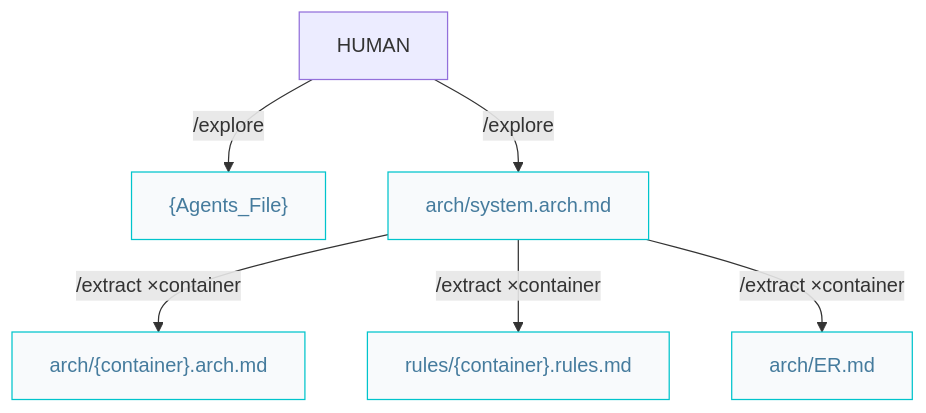
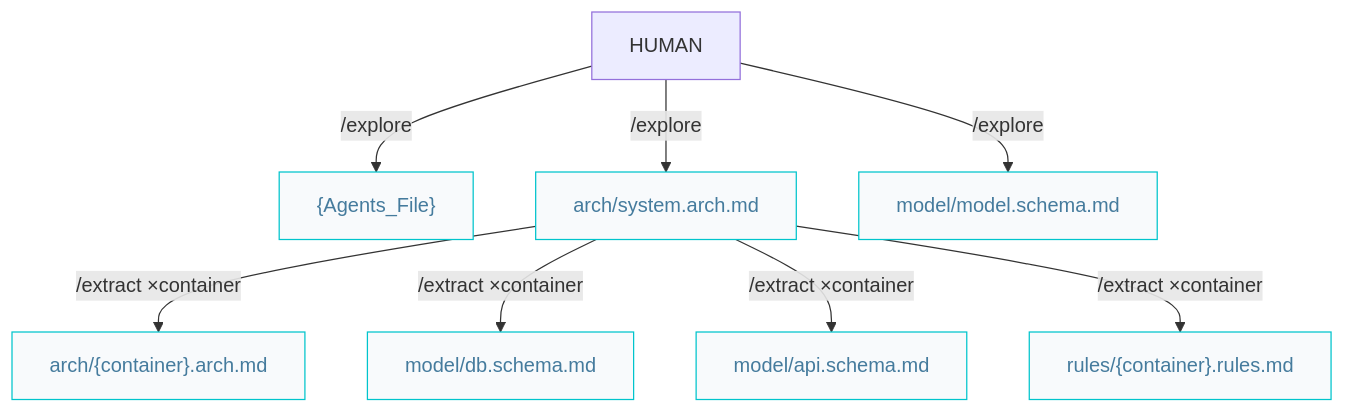
Before and after one commit to AIDDbot/AIDDbot: the fourth of 9 diagrams in docs/AIDD.workflow.md, drawn with Mermaid. The commit also changed other lines of this file and 11 other files, not shown here.

Commit message:
chore: model schema moved to explore from extract

````diff
--- a/docs/AIDD.workflow.md
+++ b/docs/AIDD.workflow.md
@@ -83,17 +83,21 @@
 ```mermaid
 flowchart TD
   HUM[HUMAN]
   AGT["{Agents_File}"]:::nd
   ARC["arch/system.arch.md"]:::nd
-  ERD["arch/ER.md"]:::nd
+  MOD["model/model.schema.md"]:::nd
   CAR["arch/{container}.arch.md"]:::nd
+  DBS["model/db.schema.md"]:::nd
+  API["model/api.schema.md"]:::nd
   RUL["rules/{container}.rules.md"]:::nd
 
   HUM -->|/explore| AGT
   HUM -->|/explore| ARC
+  HUM -->|/explore| MOD
   ARC -->|/extract ×container| CAR
+  ARC -->|/extract ×container| DBS
+  ARC -->|/extract ×container| API
   ARC -->|/extract ×container| RUL
-  ARC -->|/extract ×container| ERD
 
   classDef nd fill:#f8fafc,stroke:#00c4cc,color:#457b9d
 ```
````
